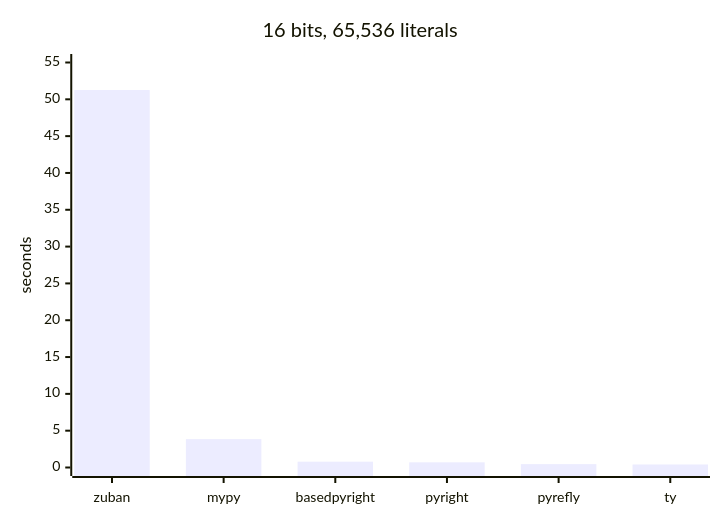
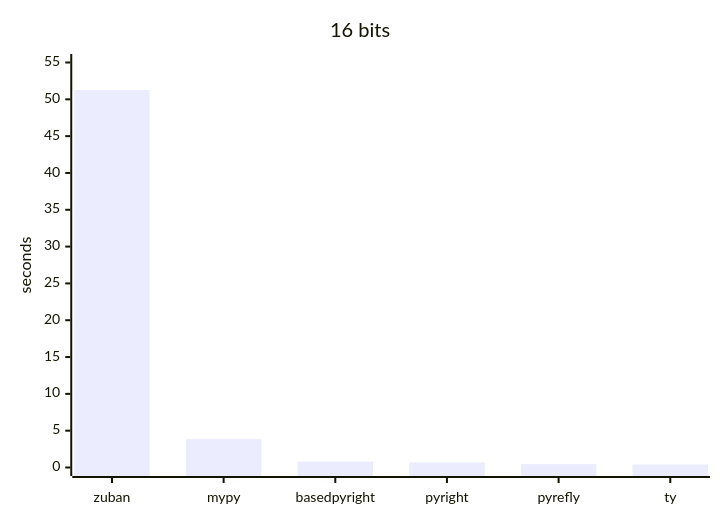
One commit to JPHutchins/types-bits changed the first of 4 diagrams in README.md. Above: the diagram before and after it, drawn with Mermaid. The commit also changed other lines of this file and 6 other files, not shown here.

````diff
--- a/README.md
+++ b/README.md
@@ -42,7 +43,7 @@
 ```mermaid
 xychart-beta
-    title "16 bits, 65,536 literals"
+    title "16 bits"
     x-axis [zuban, mypy, basedpyright, pyright, pyrefly, ty]
     y-axis "seconds" 0 --> 55
     bar [51.26, 3.85, 0.79, 0.70, 0.46, 0.41]
 ```
````
